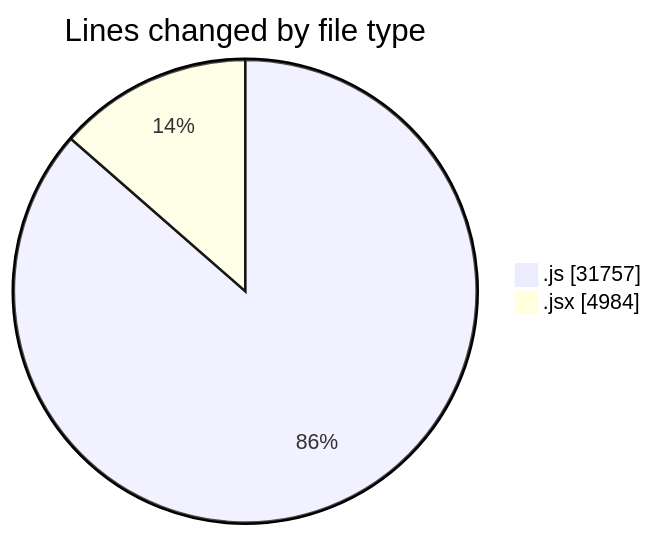
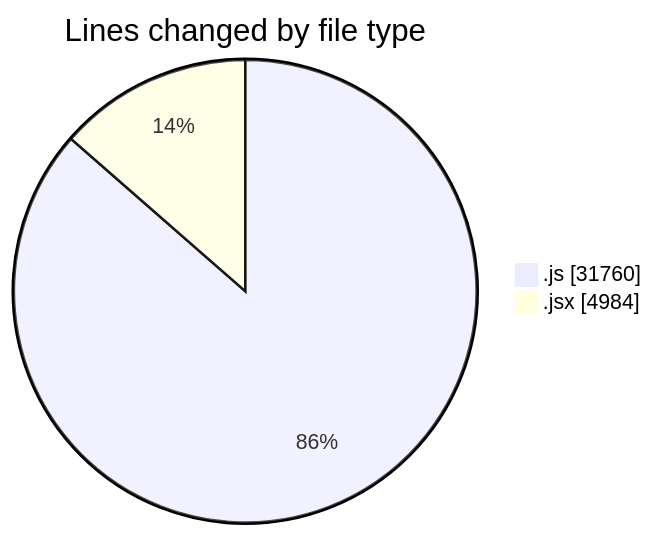
The first of 2 diagrams in 2025-09-30/nxtqube_webapp/README.md (nxtqubesakshisongat/code-tracking), drawn with Mermaid before and after one commit. The commit also changed other lines of this file and 1 other file, not shown here.

````diff
--- a/2025-09-30/nxtqube_webapp/README.md
+++ b/2025-09-30/nxtqube_webapp/README.md
@@ -25,6 +25,6 @@
 ```mermaid
 pie showData
 title Lines changed by file type
-".js" : 31757
+".js" : 31760
 ".jsx" : 4984
 ```
````
